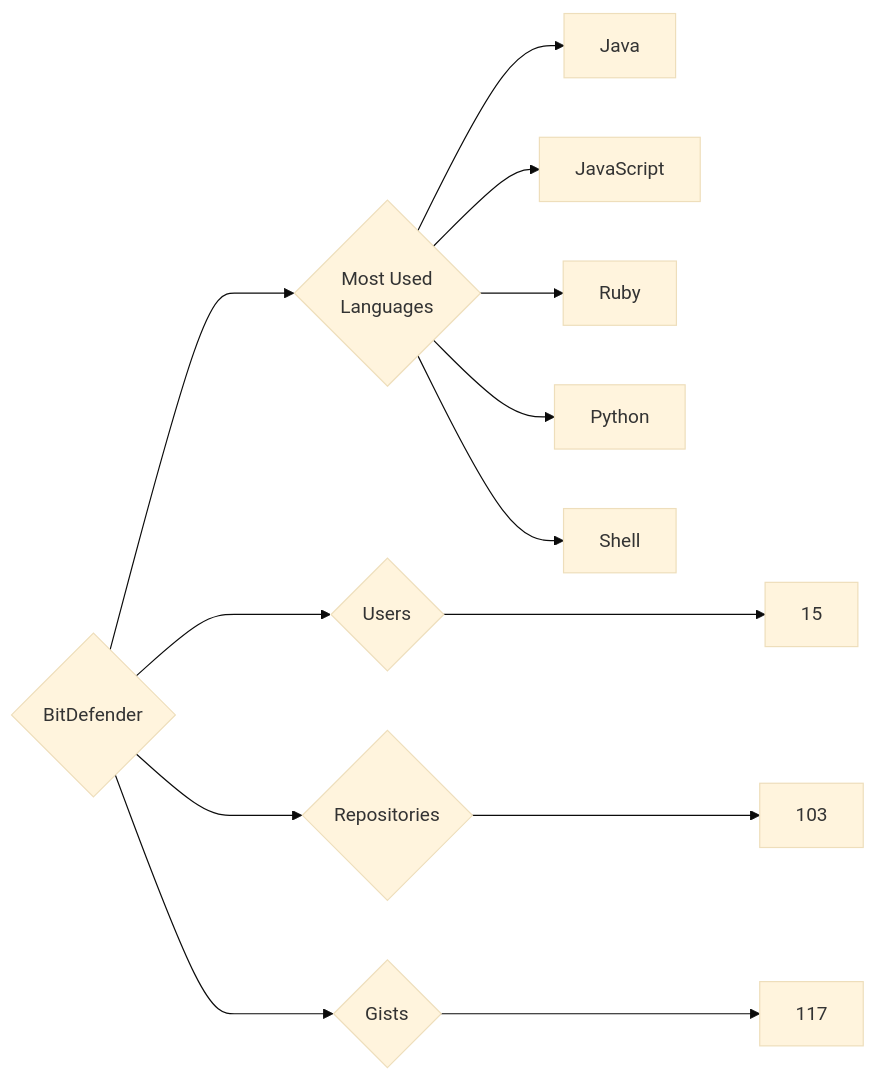
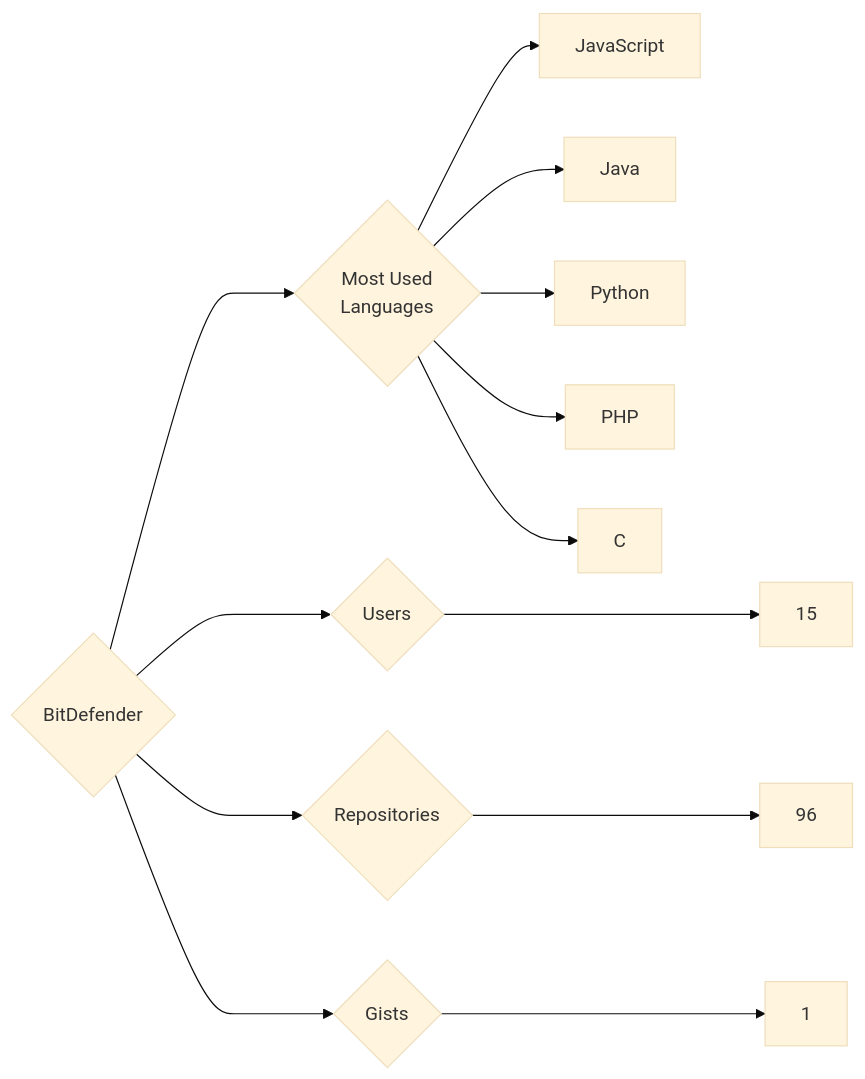
The diagram in targets/BitDefender/README.md (trickest/insiders), drawn with Mermaid (base theme) before and after one commit. The commit also changed 924 other files, not shown here.

````diff
--- a/targets/BitDefender/README.md
+++ b/targets/BitDefender/README.md
@@ -3,13 +3,13 @@
 ```mermaid
 graph LR
 COMPANY_NAME{BitDefender}
 COMPANY_NAME ---> U{Users} ---> UN[15]
-COMPANY_NAME ---> R{Repositories} ---> RN[103]
-COMPANY_NAME ---> G{Gists} ---> GN[117]
+COMPANY_NAME ---> R{Repositories} ---> RN[96]
+COMPANY_NAME ---> G{Gists} ---> GN[1]
 COMPANY_NAME ---> ML{Most Used<br>Languages}
+ML --> JavaScript[JavaScript]
 ML --> Java[Java]
-ML --> JavaScript[JavaScript]
-ML --> Ruby[Ruby]
 ML --> Python[Python]
-ML --> Shell[Shell]
+ML --> PHP[PHP]
+ML --> C[C]
 ```
````
